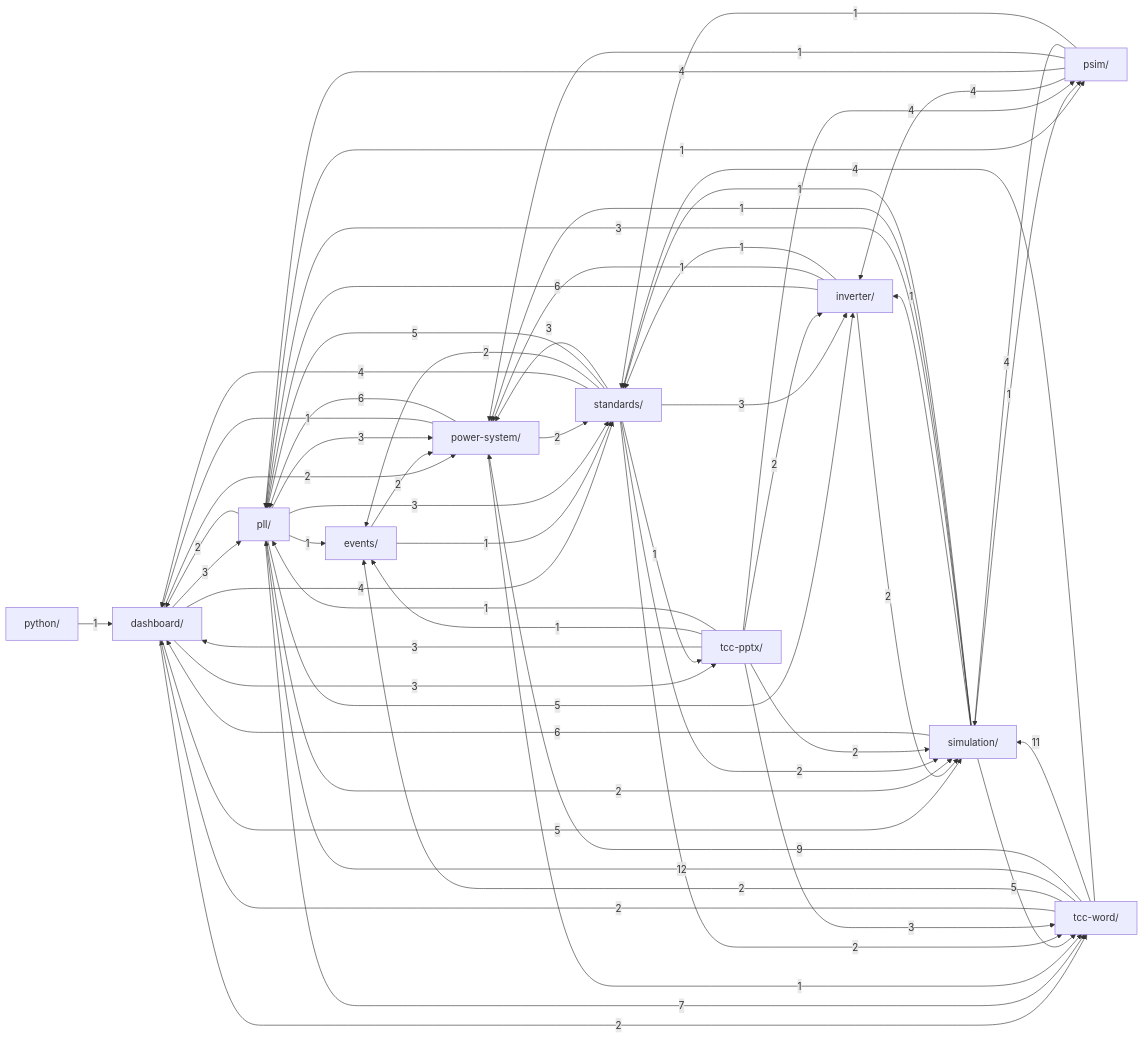
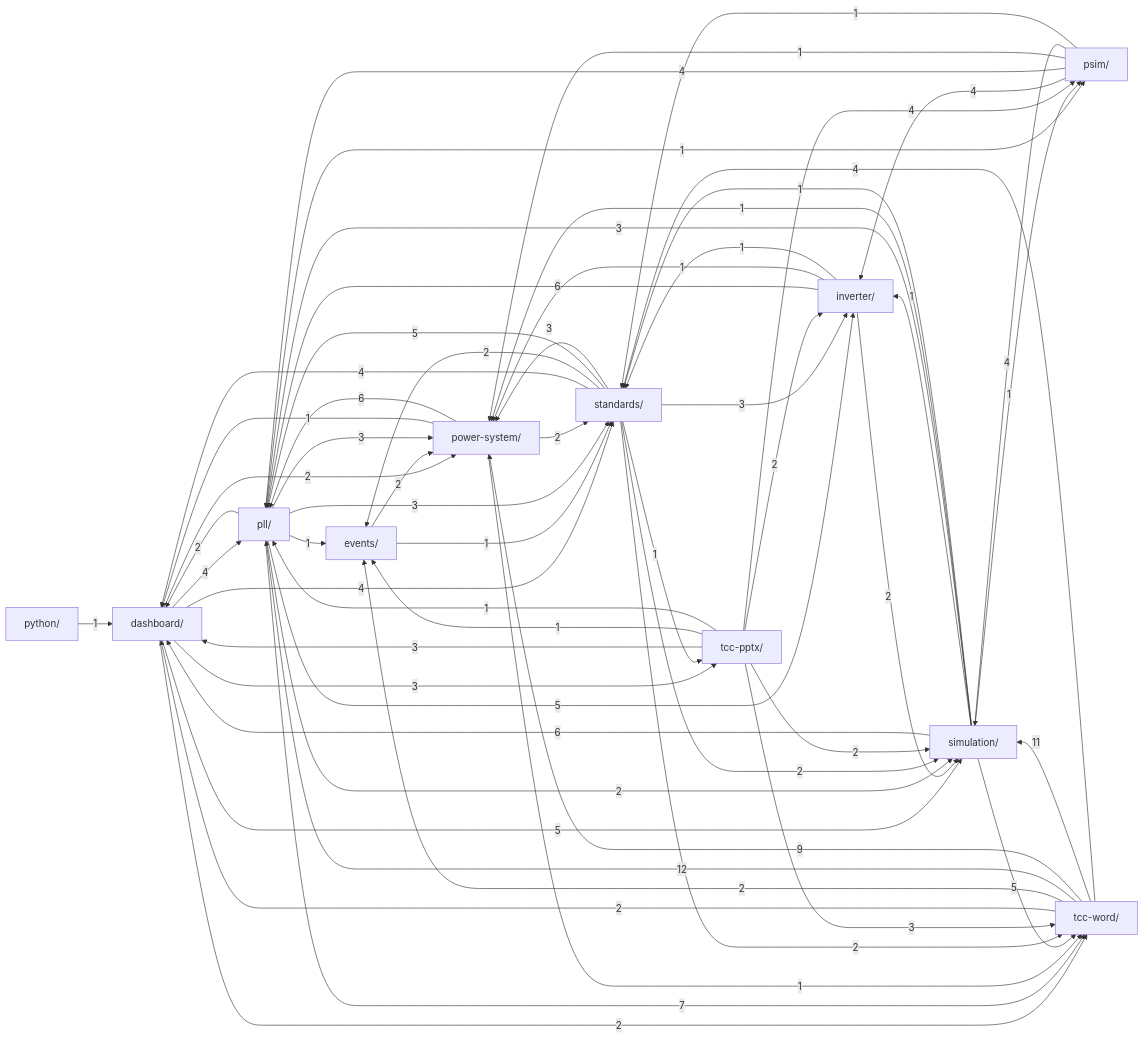
One commit to GGHB0/pll_stability_9bus changed the diagram in .claude/kb/grafo.md. Above: the diagram before and after it, drawn with Mermaid. The commit also changed 12 other files, not shown here.

````diff
--- a/.claude/kb/grafo.md
+++ b/.claude/kb/grafo.md
@@ -12,72 +12,72 @@
 ```mermaid
 graph LR
     dashboard["dashboard/"]
     events["events/"]
     inverter["inverter/"]
     pll["pll/"]
     power_system["power-system/"]
     psim["psim/"]
     python["python/"]
     simulation["simulation/"]
     standards["standards/"]
     tcc_pptx["tcc-pptx/"]
     tcc_word["tcc-word/"]
-    dashboard -->|3| pll
+    dashboard -->|4| pll
     dashboard -->|2| power_system
     dashboard -->|5| simulation
     dashboard -->|4| standards
     dashboard -->|3| tcc_pptx
     dashboard -->|2| tcc_word
     events -->|2| power_system
     events -->|1| standards
     inverter -->|6| pll
     inverter -->|1| power_system
     inverter -->|2| simulation
     inverter -->|1| standards
     pll -->|2| dashboard
     pll -->|1| events
     pll -->|5| inverter
     pll -->|3| power_system
     pll -->|1| psim
     pll -->|2| simulation
     pll -->|3| standards
     pll -->|7| tcc_word
     power_system -->|1| dashboard
     power_system -->|6| pll
     power_system -->|2| standards
     power_system -->|1| tcc_word
     psim -->|4| inverter
     psim -->|4| pll
     psim -->|1| power_system
     psim -->|4| simulation
     psim -->|1| standards
     python -->|1| dashboard
     simulation -->|6| dashboard
     simulation -->|1| inverter
     simulation -->|3| pll
     simulation -->|1| power_system
     simulation -->|1| psim
     simulation -->|1| standards
     simulation -->|5| tcc_word
     standards -->|4| dashboard
     standards -->|2| events
     standards -->|3| inverter
     standards -->|5| pll
     standards -->|3| power_system
     standards -->|2| simulation
     standards -->|1| tcc_pptx
     standards -->|2| tcc_word
     tcc_pptx -->|3| dashboard
     tcc_pptx -->|1| events
     tcc_pptx -->|2| inverter
     tcc_pptx -->|1| pll
     tcc_pptx -->|4| psim
     tcc_pptx -->|2| simulation
     tcc_pptx -->|3| tcc_word
     tcc_word -->|2| dashboard
     tcc_word -->|2| events
     tcc_word -->|12| pll
     tcc_word -->|9| power_system
     tcc_word -->|11| simulation
     tcc_word -->|4| standards
 ```
````
